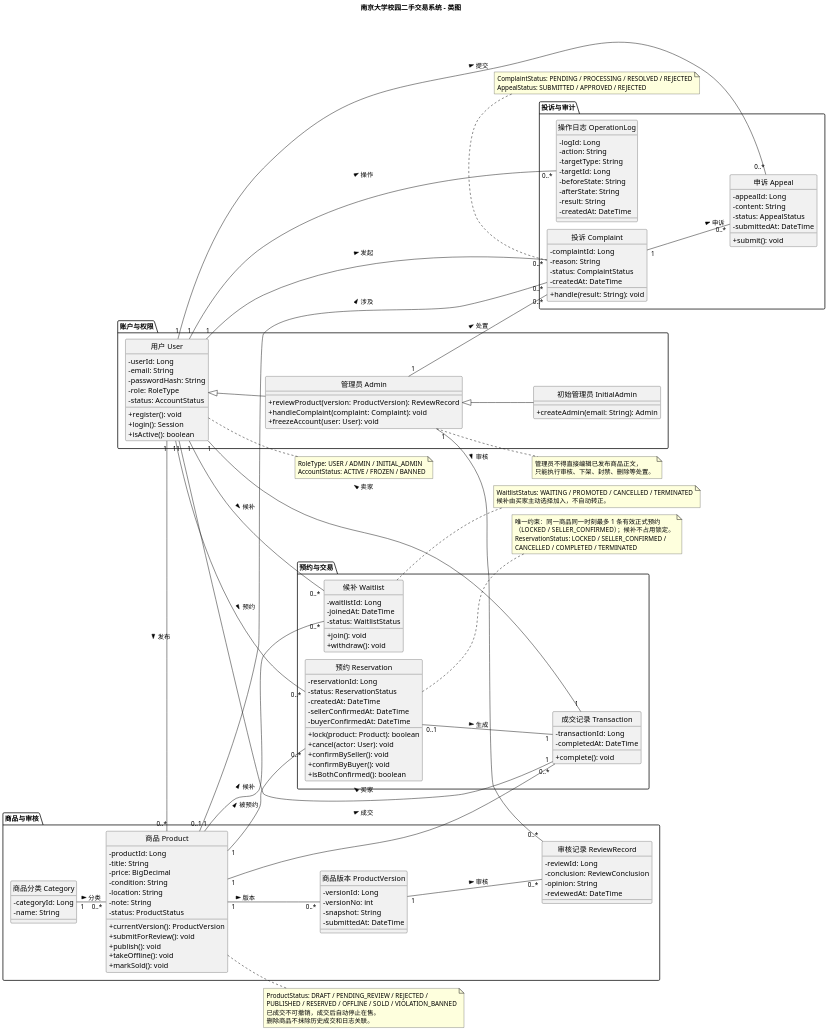
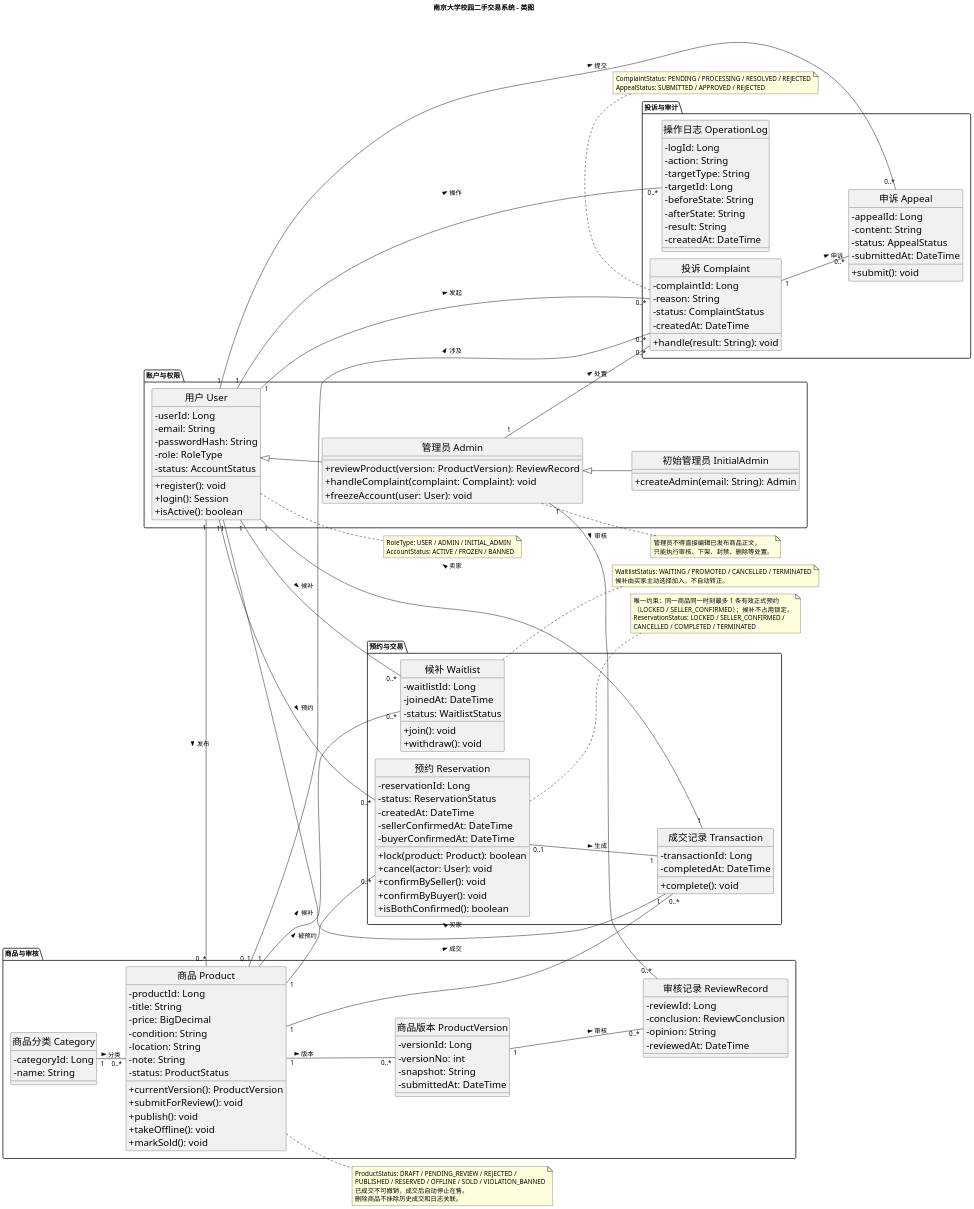
Before and after one commit to 235826/secondhand-marketplace: the diagram in lab2/UML/UML类图.puml, drawn with PlantUML. The commit also changed 3 other files, not shown here.

```diff
--- a/lab2/UML/UML类图.puml
+++ b/lab2/UML/UML类图.puml
@@ -1,193 +1,193 @@
 @startuml UML类图
 skinparam defaultFontName "PingFang SC"
 skinparam dpi 150
 skinparam classAttributeIconSize 0
 skinparam nodesep 15
 skinparam ranksep 20
-skinparam classFontSize 22
-skinparam classAttributeFontSize 15
+skinparam classFontSize 30
+skinparam classAttributeFontSize 20
 left to right direction
 hide circle
 title 南京大学校园二手交易系统 - 类图
 
 package "账户与权限" {
   class User as "用户 User" {
     - userId: Long
     - email: String
     - passwordHash: String
     - role: RoleType
     - status: AccountStatus
     + register(): void
     + login(): Session
     + isActive(): boolean
   }
 
   class Admin as "管理员 Admin" {
     + reviewProduct(version: ProductVersion): ReviewRecord
     + handleComplaint(complaint: Complaint): void
     + freezeAccount(user: User): void
   }
 
   class InitialAdmin as "初始管理员 InitialAdmin" {
     + createAdmin(email: String): Admin
   }
 }
 
 package "商品与审核" {
   class Product as "商品 Product" {
     - productId: Long
     - title: String
     - price: BigDecimal
     - condition: String
     - location: String
     - note: String
     - status: ProductStatus
     + currentVersion(): ProductVersion
     + submitForReview(): void
     + publish(): void
     + takeOffline(): void
     + markSold(): void
   }
 
   class ProductVersion as "商品版本 ProductVersion" {
     - versionId: Long
     - versionNo: int
     - snapshot: String
     - submittedAt: DateTime
   }
 
   class ReviewRecord as "审核记录 ReviewRecord" {
     - reviewId: Long
     - conclusion: ReviewConclusion
     - opinion: String
     - reviewedAt: DateTime
   }
 
   class Category as "商品分类 Category" {
     - categoryId: Long
     - name: String
   }
 }
 
 package "预约与交易" {
   class Reservation as "预约 Reservation" {
     - reservationId: Long
     - status: ReservationStatus
     - createdAt: DateTime
     - sellerConfirmedAt: DateTime
     - buyerConfirmedAt: DateTime
     + lock(product: Product): boolean
     + cancel(actor: User): void
     + confirmBySeller(): void
     + confirmByBuyer(): void
     + isBothConfirmed(): boolean
   }
 
   class Waitlist as "候补 Waitlist" {
     - waitlistId: Long
     - joinedAt: DateTime
     - status: WaitlistStatus
     + join(): void
     + withdraw(): void
   }
 
   class Transaction as "成交记录 Transaction" {
     - transactionId: Long
     - completedAt: DateTime
     + complete(): void
   }
 }
 
 package "投诉与审计" {
   class Complaint as "投诉 Complaint" {
     - complaintId: Long
     - reason: String
     - status: ComplaintStatus
     - createdAt: DateTime
     + handle(result: String): void
   }
 
   class Appeal as "申诉 Appeal" {
     - appealId: Long
     - content: String
     - status: AppealStatus
     - submittedAt: DateTime
     + submit(): void
   }
 
   class OperationLog as "操作日志 OperationLog" {
     - logId: Long
     - action: String
     - targetType: String
     - targetId: Long
     - beforeState: String
     - afterState: String
     - result: String
     - createdAt: DateTime
   }
 }
 
 ' 继承与角色
 User <|-- Admin
 Admin <|-- InitialAdmin
 
 ' 账户、商品与审核
 User "1" -- "0..*" Product : 发布 >
 User "1" -- "0..*" Reservation : 预约 >
 User "1" -- "0..*" Waitlist : 候补 >
 Category "1" -- "0..*" Product : 分类 >
 Product "1" -- "0..*" ProductVersion : 版本 >
 ProductVersion "1" -- "0..*" ReviewRecord : 审核 >
 Admin "1" -- "0..*" ReviewRecord : 审核 >
 
 ' 预约、候补与成交
 Product "1" -- "0..*" Reservation : 被预约 >
 Product "1" -- "0..*" Waitlist : 候补 >
 Reservation "0..1" -- "1" Transaction : 生成 >
 Product "1" -- "0..*" Transaction : 成交 >
 Transaction "1" -- "1" User : 买家 >
 Transaction "1" -- "1" User : 卖家 >
 
 ' 投诉、申诉与审计
 User "1" -- "0..*" Complaint : 发起 >
 Product "0..1" -- "0..*" Complaint : 涉及 >
 Admin "1" -- "0..*" Complaint : 处置 >
 Complaint "1" -- "0..*" Appeal : 申诉 >
 User "1" -- "0..*" Appeal : 提交 >
 User "1" -- "0..*" OperationLog : 操作 >
 
 note right of User
   RoleType: USER / ADMIN / INITIAL_ADMIN
   AccountStatus: ACTIVE / FROZEN / BANNED
 end note
 
 note right of Product
   ProductStatus: DRAFT / PENDING_REVIEW / REJECTED /
   PUBLISHED / RESERVED / OFFLINE / SOLD / VIOLATION_BANNED
   已成交不可撤销，成交后自动停止在售。
   删除商品不抹除历史成交和日志关联。
 end note
 
 note right of Reservation
   唯一约束：同一商品同一时刻最多 1 条有效正式预约
   （LOCKED / SELLER_CONFIRMED）；候补不占用锁定。
   ReservationStatus: LOCKED / SELLER_CONFIRMED /
   CANCELLED / COMPLETED / TERMINATED
 end note
 
 note right of Waitlist
   WaitlistStatus: WAITING / PROMOTED / CANCELLED / TERMINATED
   候补由买家主动选择加入，不自动转正。
 end note
 
 note right of Admin
   管理员不得直接编辑已发布商品正文，
   只能执行审核、下架、封禁、删除等处置。
 end note
 
 note bottom of Complaint
   ComplaintStatus: PENDING / PROCESSING / RESOLVED / REJECTED
   AppealStatus: SUBMITTED / APPROVED / REJECTED
 end note
 
 @enduml
```
